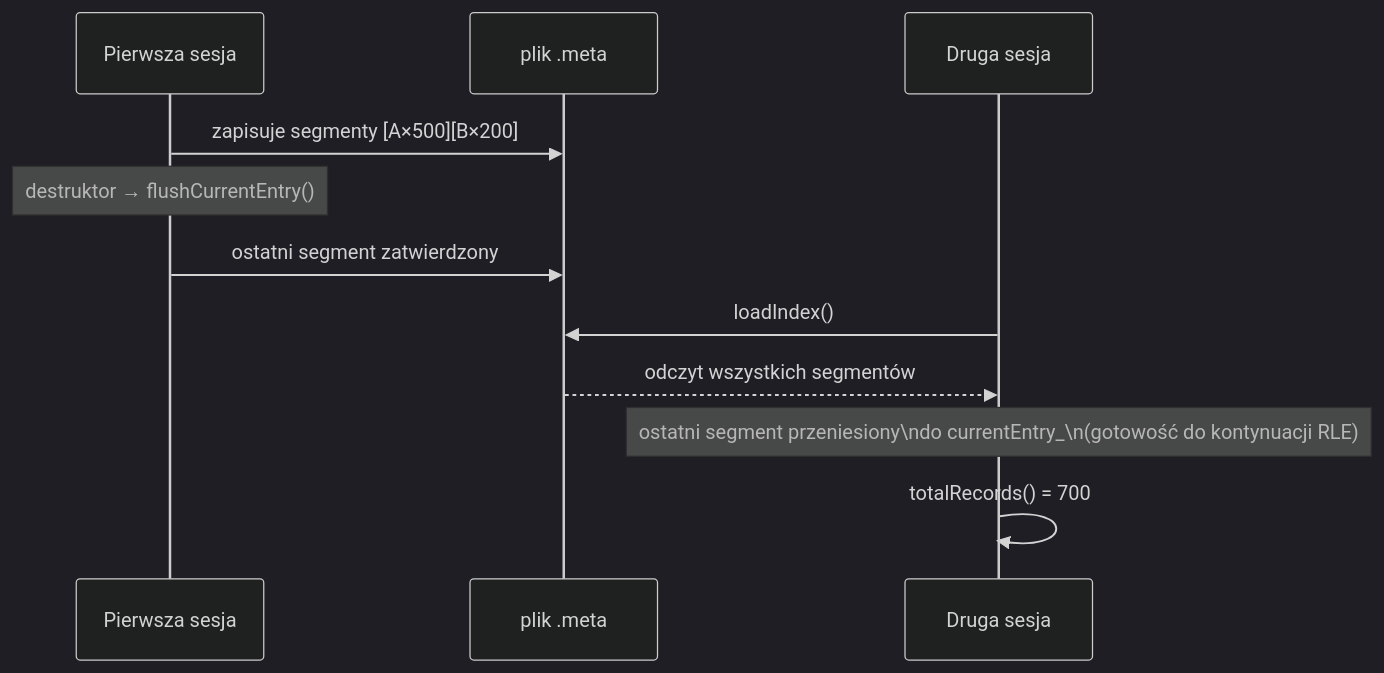
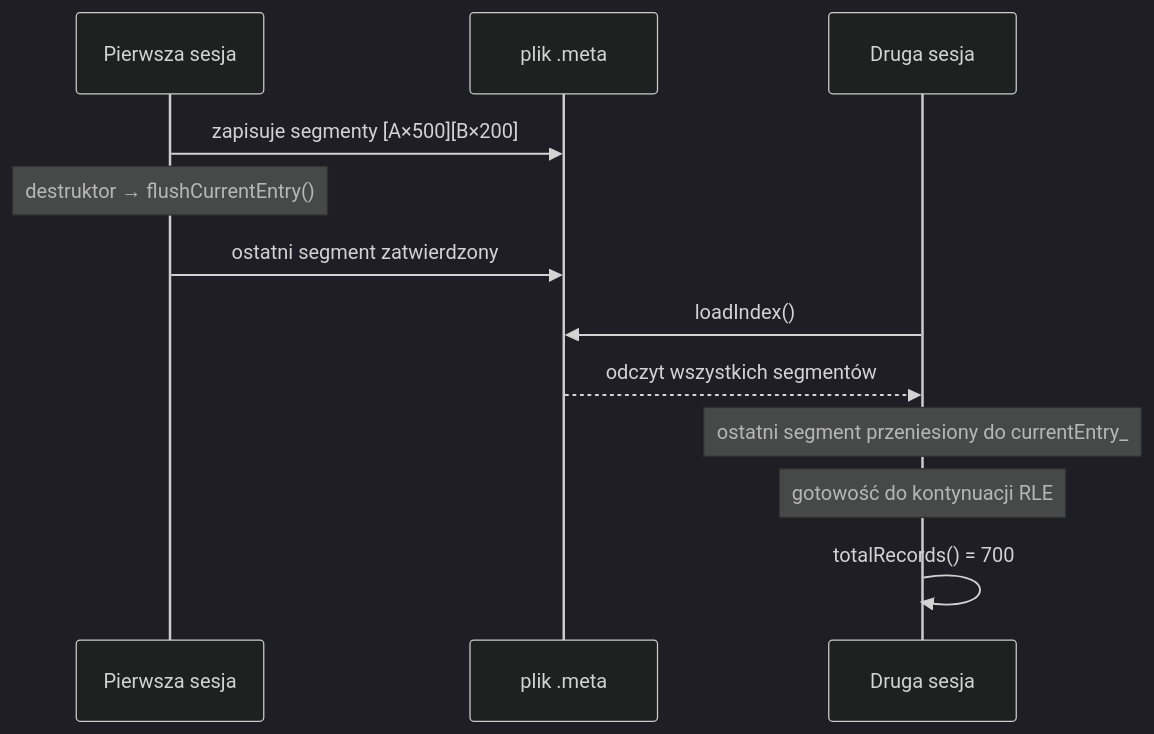
The fifth of 8 diagrams in architektura-systemu-przetwarzania-danych/format-zapisu-danych.md (michalwidera/dokumentacja-rdb), drawn with Mermaid (dark theme) before and after one commit.

Commit message:
fix na \n render

````diff
--- a/architektura-systemu-przetwarzania-danych/format-zapisu-danych.md
+++ b/architektura-systemu-przetwarzania-danych/format-zapisu-danych.md
@@ -387,15 +387,16 @@
 ```mermaid
 sequenceDiagram
     participant Proc1 as Pierwsza sesja
     participant F as plik .meta
     participant Proc2 as Druga sesja
 
     Proc1->>F: zapisuje segmenty [A×500][B×200]
     Note over Proc1: destruktor → flushCurrentEntry()
     Proc1->>F: ostatni segment zatwierdzony
 
     Proc2->>F: loadIndex()
     F-->>Proc2: odczyt wszystkich segmentów
-    Note over Proc2: ostatni segment przeniesiony\ndo currentEntry_\n(gotowość do kontynuacji RLE)
+    Note over Proc2: ostatni segment przeniesiony do currentEntry_
+    Note over Proc2: gotowość do kontynuacji RLE
     Proc2->>Proc2: totalRecords() = 700
 ```
````
